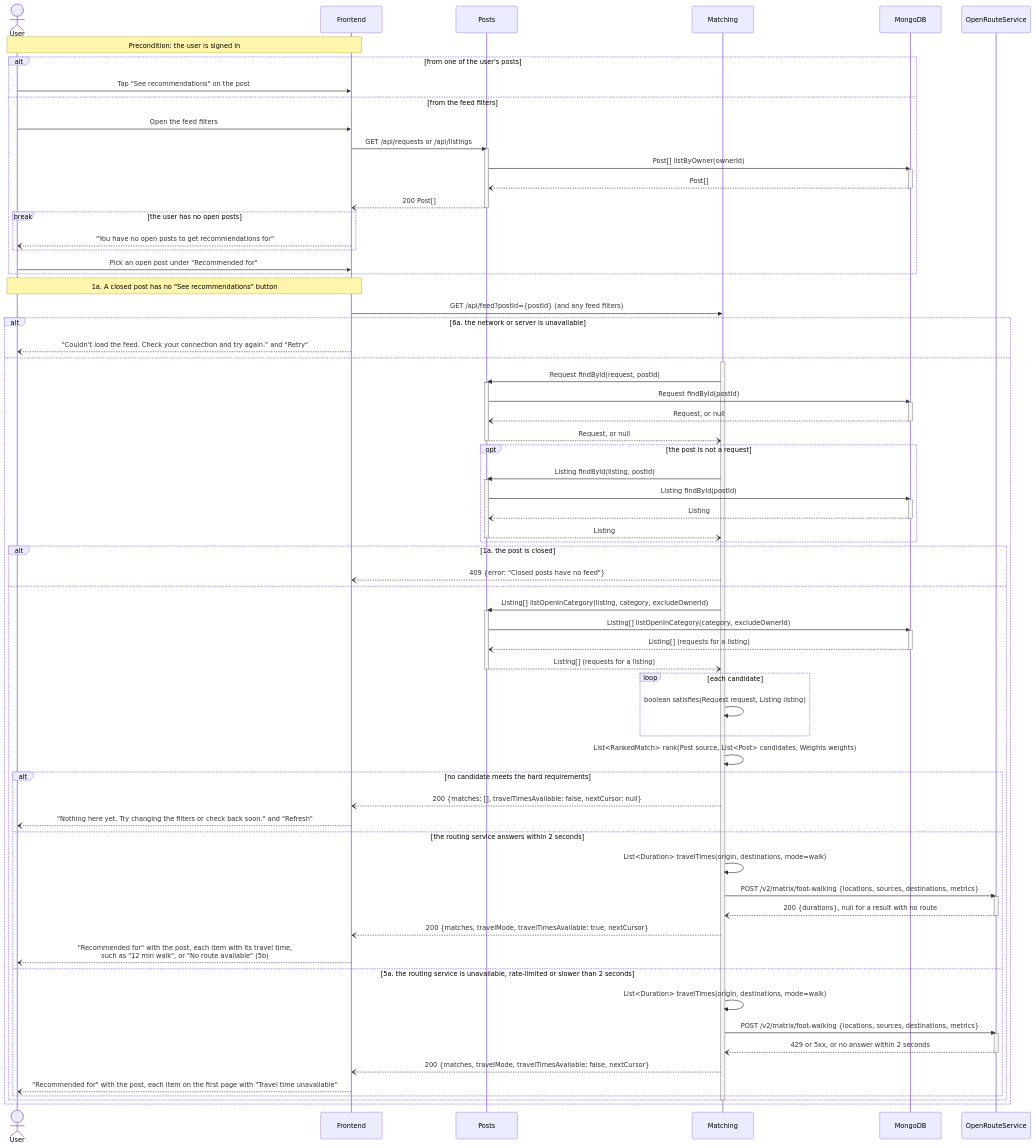
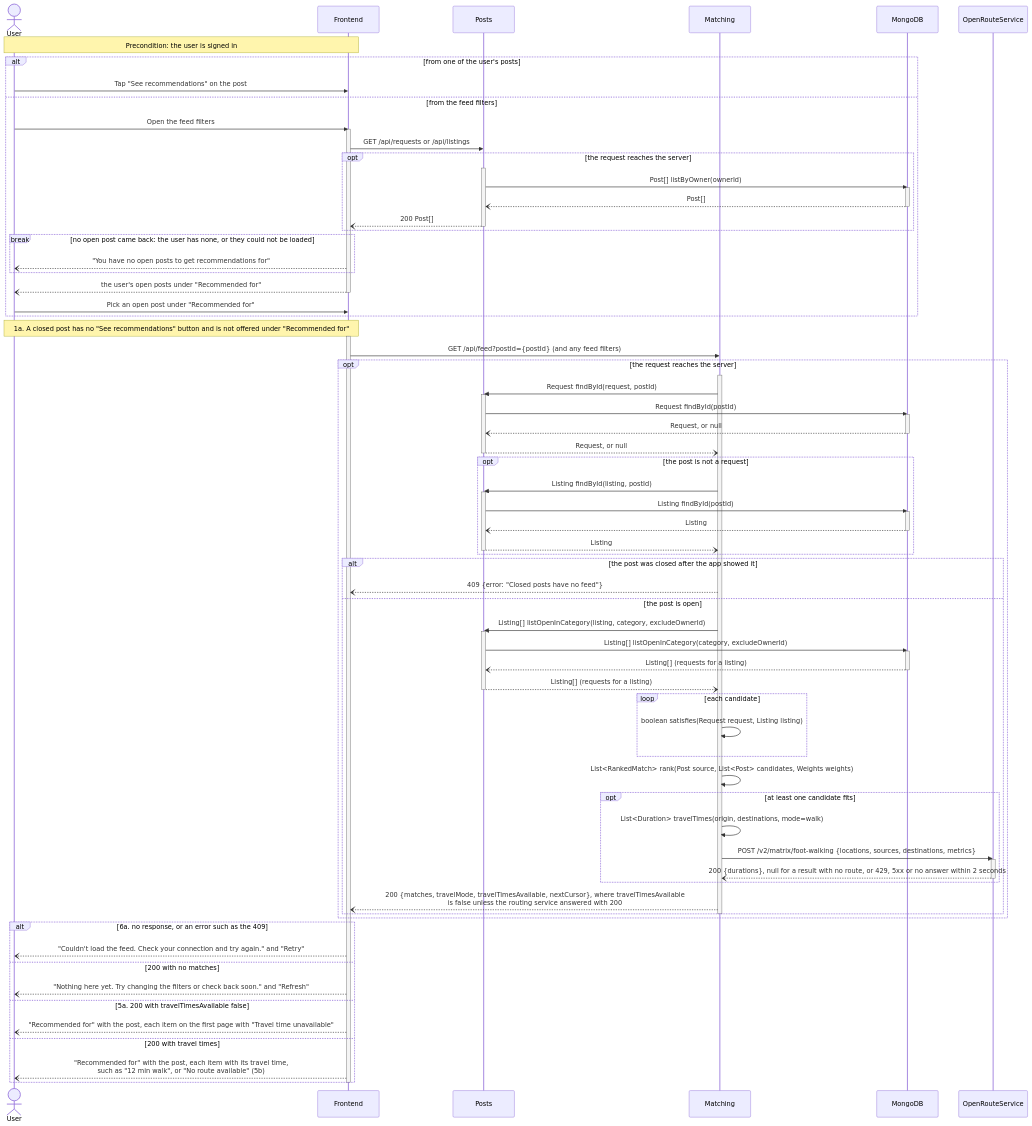
One commit to m1lun/MatchMarket changed the fourth of 6 diagrams in documentation/Requirements_and_Design.md. Above: the diagram before and after it, drawn with Mermaid. The commit also changed other lines of this file and 4 other files, not shown here.

````diff
--- a/documentation/Requirements_and_Design.md
+++ b/documentation/Requirements_and_Design.md
@@ -770,24 +794,28 @@
         U->>FE: Tap "See recommendations" on the post
     else from the feed filters
         U->>FE: Open the feed filters
+        activate FE
         FE->>P: GET /api/requests or /api/listings
-        activate P
-        P->>DB: Post[] listByOwner(ownerId)
-        activate DB
-        DB--)P: Post[]
-        deactivate DB
-        P--)FE: 200 Post[]
-        deactivate P
-        break the user has no open posts
+        opt the request reaches the server
+            activate P
+            P->>DB: Post[] listByOwner(ownerId)
+            activate DB
+            DB--)P: Post[]
+            deactivate DB
+            P--)FE: 200 Post[]
+            deactivate P
+        end
+        break no open post came back: the user has none, or they could not be loaded
             FE--)U: "You have no open posts to get recommendations for"
         end
+        FE--)U: the user's open posts under "Recommended for"
+        deactivate FE
         U->>FE: Pick an open post under "Recommended for"
     end
-    Note over U,FE: 1a. A closed post has no "See recommendations" button
+    Note over U,FE: 1a. A closed post has no "See recommendations" button and is not offered under "Recommended for"
+    activate FE
     FE->>M: GET /api/feed?postId={postId} (and any feed filters)
-    alt 6a. the network or server is unavailable
-        FE--)U: "Couldn't load the feed. Check your connection and try again." and "Retry"
-    else
+    opt the request reaches the server
         activate M
         M->>P: Request findById(request, postId)
         activate P
@@ -807,9 +835,9 @@
             P--)M: Listing
             deactivate P
         end
-        alt 1a. the post is closed
+        alt the post was closed after the app showed it
             M--)FE: 409 {error: "Closed posts have no feed"}
-        else
+        else the post is open
             M->>P: Listing[] listOpenInCategory(listing, category, excludeOwnerId)
             activate P
             P->>DB: Listing[] listOpenInCategory(category, excludeOwnerId)
@@ -822,27 +850,25 @@
                 M->>M: boolean satisfies(Request request, Listing listing)
             end
             M->>M: List#lt;RankedMatch#gt; rank(Post source, List#lt;Post#gt; candidates, Weights weights)
-            alt no candidate meets the hard requirements
-                M--)FE: 200 {matches: [], travelTimesAvailable: false, nextCursor: null}
-                FE--)U: "Nothing here yet. Try changing the filters or check back soon." and "Refresh"
-            else the routing service answers within 2 seconds
+            opt at least one candidate fits
                 M->>M: List#lt;Duration#gt; travelTimes(origin, destinations, mode=walk)
                 M->>ORS: POST /v2/matrix/foot-walking {locations, sources, destinations, metrics}
                 activate ORS
-                ORS--)M: 200 {durations}, null for a result with no route
+                ORS--)M: 200 {durations}, null for a result with no route, or 429, 5xx or no answer within 2 seconds
                 deactivate ORS
-                M--)FE: 200 {matches, travelMode, travelTimesAvailable: true, nextCursor}
-                FE--)U: "Recommended for" with the post, each item with its travel time,<br/>such as "12 min walk", or "No route available" (5b)
-            else 5a. the routing service is unavailable, rate-limited or slower than 2 seconds
-                M->>M: List#lt;Duration#gt; travelTimes(origin, destinations, mode=walk)
-                M->>ORS: POST /v2/matrix/foot-walking {locations, sources, destinations, metrics}
-                activate ORS
-                ORS--)M: 429 or 5xx, or no answer within 2 seconds
-                deactivate ORS
-                M--)FE: 200 {matches, travelMode, travelTimesAvailable: false, nextCursor}
-                FE--)U: "Recommended for" with the post, each item on the first page with "Travel time unavailable"
             end
+            M--)FE: 200 {matches, travelMode, travelTimesAvailable, nextCursor}, where travelTimesAvailable<br/>is false unless the routing service answered with 200
         end
         deactivate M
     end
+    alt 6a. no response, or an error such as the 409
+        FE--)U: "Couldn't load the feed. Check your connection and try again." and "Retry"
+    else 200 with no matches
+        FE--)U: "Nothing here yet. Try changing the filters or check back soon." and "Refresh"
+    else 5a. 200 with travelTimesAvailable false
+        FE--)U: "Recommended for" with the post, each item on the first page with "Travel time unavailable"
+    else 200 with travel times
+        FE--)U: "Recommended for" with the post, each item with its travel time,<br/>such as "12 min walk", or "No route available" (5b)
+    end
+    deactivate FE
 ```
````
